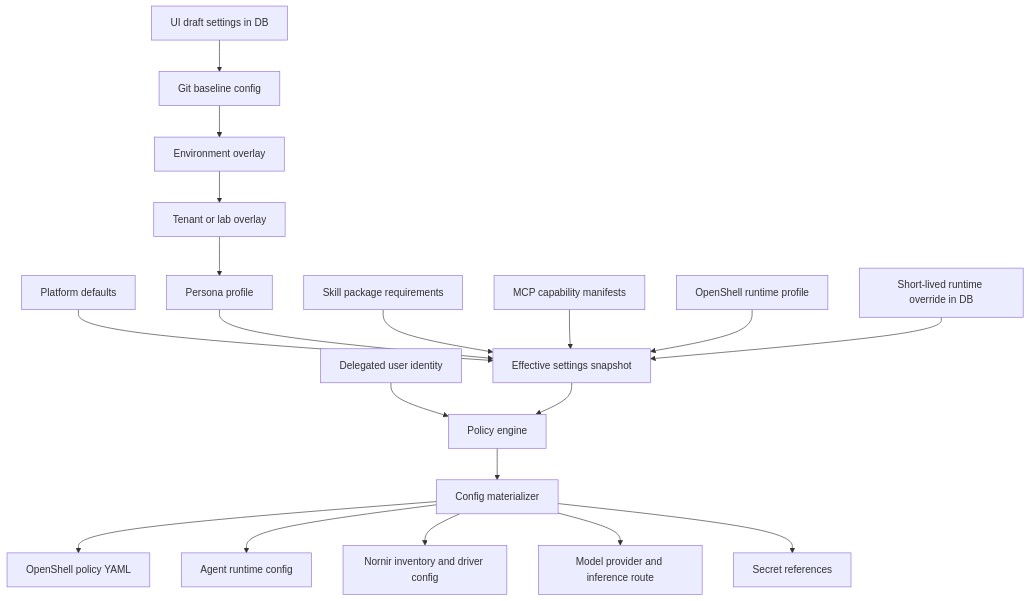
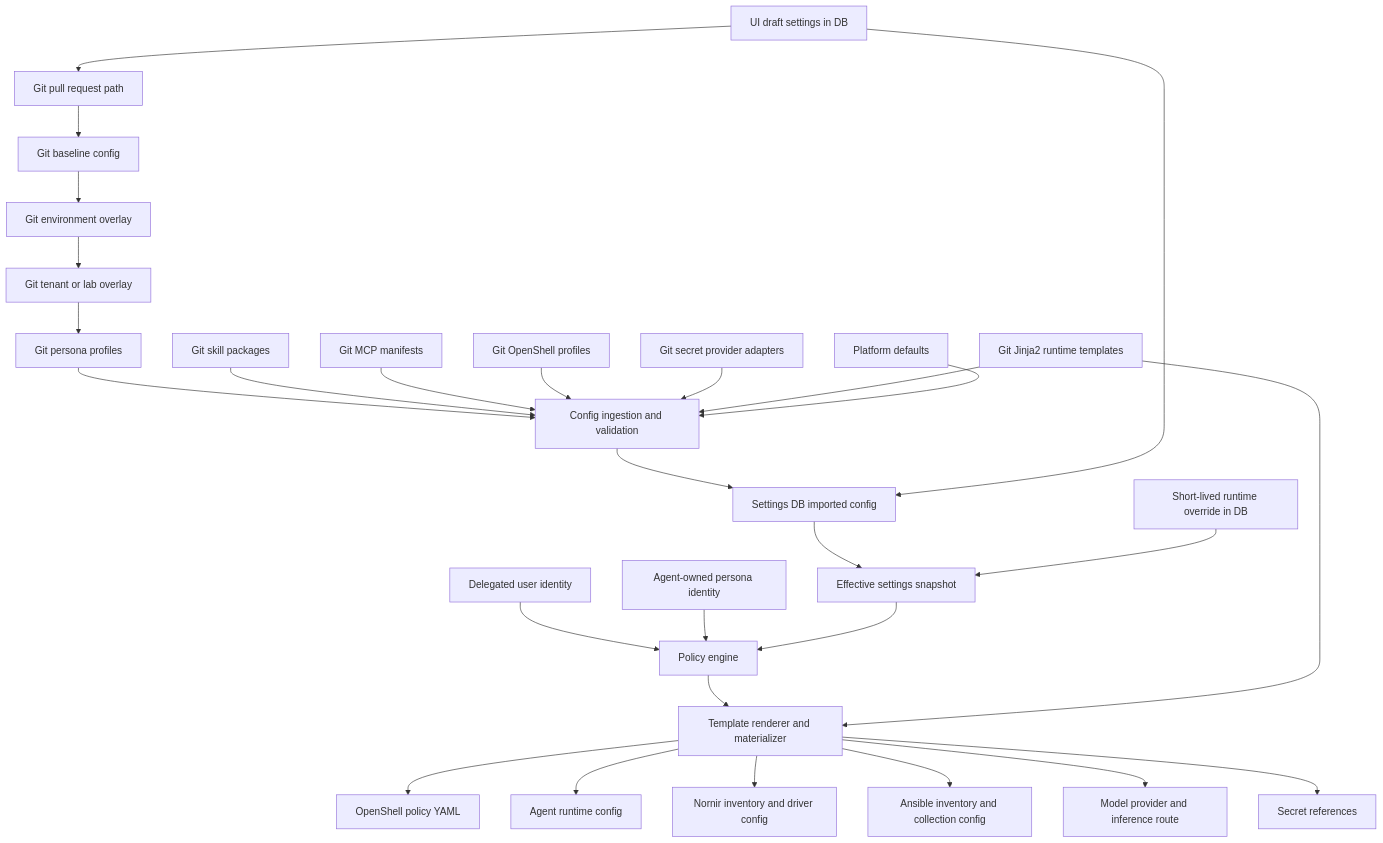
Before and after one commit to ColtMercer/the-agentic-network-platform: the third of 7 diagrams in docs/architecture/openshell-nornir-agent-runtime.md, drawn with Mermaid. The commit also changed other lines of this file, not shown here.

Commit message:
Address OpenShell Nornir runtime design feedback

````diff
--- a/docs/architecture/openshell-nornir-agent-runtime.md
+++ b/docs/architecture/openshell-nornir-agent-runtime.md
@@ -160,42 +221,58 @@
 ```mermaid
 flowchart TB
     defaults["Platform defaults"]
     gitbase["Git baseline config"]
-    envconfig["Environment overlay"]
-    tenantconfig["Tenant or lab overlay"]
-    personaconfig["Persona profile"]
-    skillconfig["Skill package requirements"]
-    mcpconfig["MCP capability manifests"]
-    runtimeconfig["OpenShell runtime profile"]
+    envconfig["Git environment overlay"]
+    tenantconfig["Git tenant or lab overlay"]
+    personaconfig["Git persona profiles"]
+    skillconfig["Git skill packages"]
+    mcpconfig["Git MCP manifests"]
+    runtimeconfig["Git OpenShell profiles"]
+    secretproviderconfig["Git secret provider adapters"]
+    templates["Git Jinja2 runtime templates"]
+    ingestion["Config ingestion and validation"]
+    settingsdb["Settings DB imported config"]
     dbdraft["UI draft settings in DB"]
+    gitpr["Git pull request path"]
     dboverride["Short-lived runtime override in DB"]
-    identity["Delegated user identity"]
+    useridentity["Delegated user identity"]
+    agentidentity["Agent-owned persona identity"]
     policy["Policy engine"]
     effective["Effective settings snapshot"]
-    materializer["Config materializer"]
+    renderer["Template renderer and materializer"]
     openshellpolicy["OpenShell policy YAML"]
     agentconfig["Agent runtime config"]
     nornirconfig["Nornir inventory and driver config"]
+    ansibleconfig["Ansible inventory and collection config"]
     providerroute["Model provider and inference route"]
     secretrefs["Secret references"]
 
-    defaults --> effective
     gitbase --> envconfig
     envconfig --> tenantconfig
     tenantconfig --> personaconfig
-    personaconfig --> effective
-    skillconfig --> effective
-    mcpconfig --> effective
-    runtimeconfig --> effective
-    dbdraft --> gitbase
+    personaconfig --> ingestion
+    skillconfig --> ingestion
+    mcpconfig --> ingestion
+    runtimeconfig --> ingestion
+    secretproviderconfig --> ingestion
+    templates --> ingestion
+    defaults --> ingestion
+    ingestion --> settingsdb
+    dbdraft --> settingsdb
+    dbdraft --> gitpr
+    gitpr --> gitbase
+    settingsdb --> effective
     dboverride --> effective
-    identity --> policy
+    useridentity --> policy
+    agentidentity --> policy
     effective --> policy
-    policy --> materializer
+    policy --> renderer
+    templates --> renderer
 
-    materializer --> openshellpolicy
-    materializer --> agentconfig
-    materializer --> nornirconfig
-    materializer --> providerroute
-    materializer --> secretrefs
+    renderer --> openshellpolicy
+    renderer --> agentconfig
+    renderer --> nornirconfig
+    renderer --> ansibleconfig
+    renderer --> providerroute
+    renderer --> secretrefs
 ```
````
